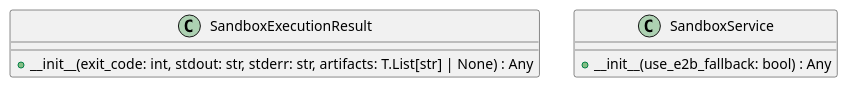
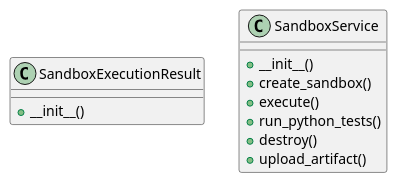
Before and after one commit to lgcorzo/llmops-python-package: the diagram in openwiki/src/autogen_team/infrastructure/services/sandbox_service.md, drawn with PlantUML. The commit also changed other lines of this file and 77 other files, not shown here.

````diff
--- a/openwiki/src/autogen_team/infrastructure/services/sandbox_service.md
+++ b/openwiki/src/autogen_team/infrastructure/services/sandbox_service.md
@@ -55,10 +231,15 @@
 ```plantuml
 @startuml
-    class SandboxExecutionResult {
-        +__init__(exit_code: int, stdout: str, stderr: str, artifacts: T.List[str] | None) : Any
-    }
-    class SandboxService {
-        +__init__(use_e2b_fallback: bool) : Any
-    }
+class SandboxExecutionResult {
+  + __init__()
+}
+class SandboxService {
+  + __init__()
+  + create_sandbox()
+  + execute()
+  + run_python_tests()
+  + destroy()
+  + upload_artifact()
+}
 @enduml
 ```
````
